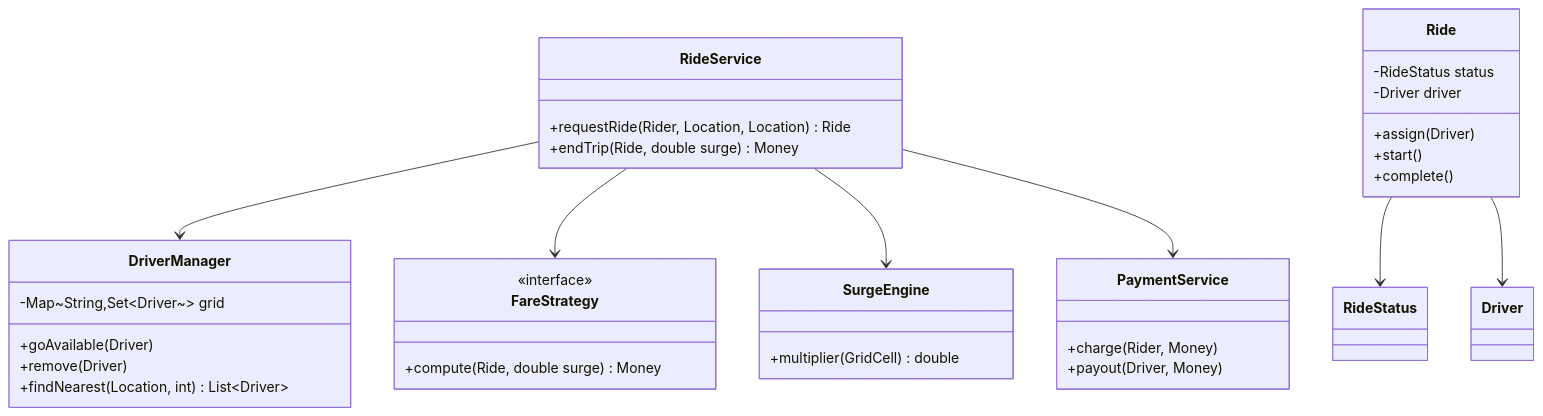
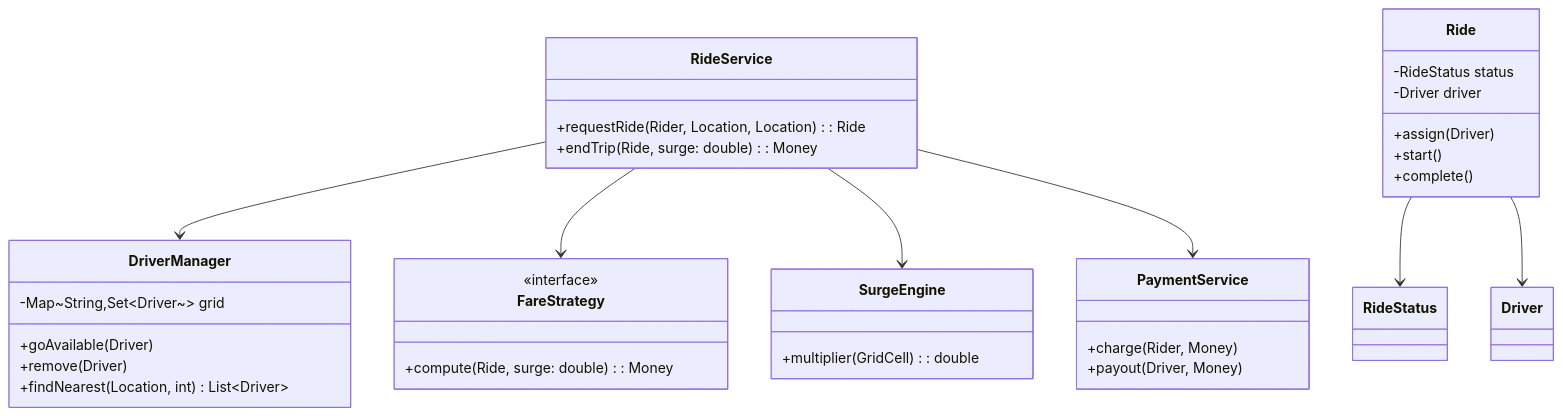
One commit to iamitgupta/system-design-LLD-basic changed diagram 37 of 59 in Readme.md. Above: the diagram before and after it, drawn with Mermaid. The commit also changed other lines of this file, not shown here.

````diff
--- a/Readme.md
+++ b/Readme.md
@@ -3624,37 +4405,37 @@
 ```mermaid
 classDiagram
  class RideService {
- +requestRide(Rider, Location, Location) Ride
- +endTrip(Ride, double surge) Money
+ +requestRide(Rider, Location, Location): Ride
+ +endTrip(Ride, surge: double): Money
  }
  class DriverManager {
  -Map~String,Set~Driver~~ grid
  +goAvailable(Driver)
  +remove(Driver)
  +findNearest(Location, int) List~Driver~
  }
  class Ride {
  -RideStatus status
  -Driver driver
  +assign(Driver)
  +start()
  +complete()
  }
  class FareStrategy {
  <<interface>>
- +compute(Ride, double surge) Money
+ +compute(Ride, surge: double): Money
  }
  class SurgeEngine {
- +multiplier(GridCell) double
+ +multiplier(GridCell): double
  }
  class PaymentService {
  +charge(Rider, Money)
  +payout(Driver, Money)
  }
  RideService --> DriverManager
  RideService --> FareStrategy
  RideService --> SurgeEngine
  RideService --> PaymentService
  Ride --> RideStatus
  Ride --> Driver
 ```
````
